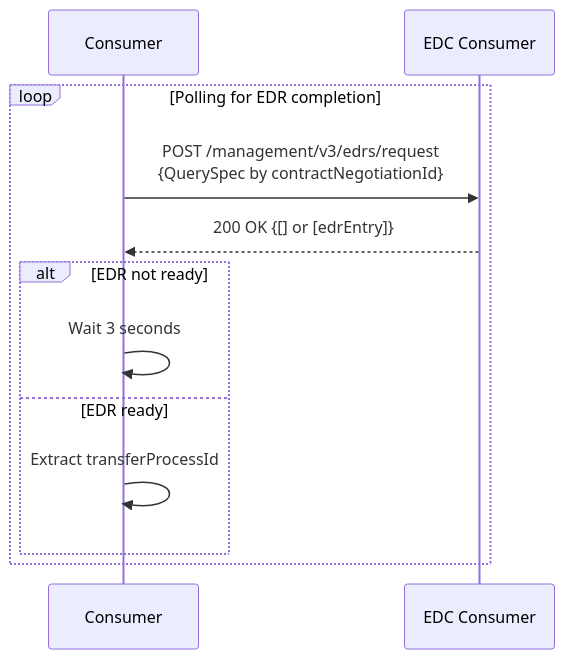
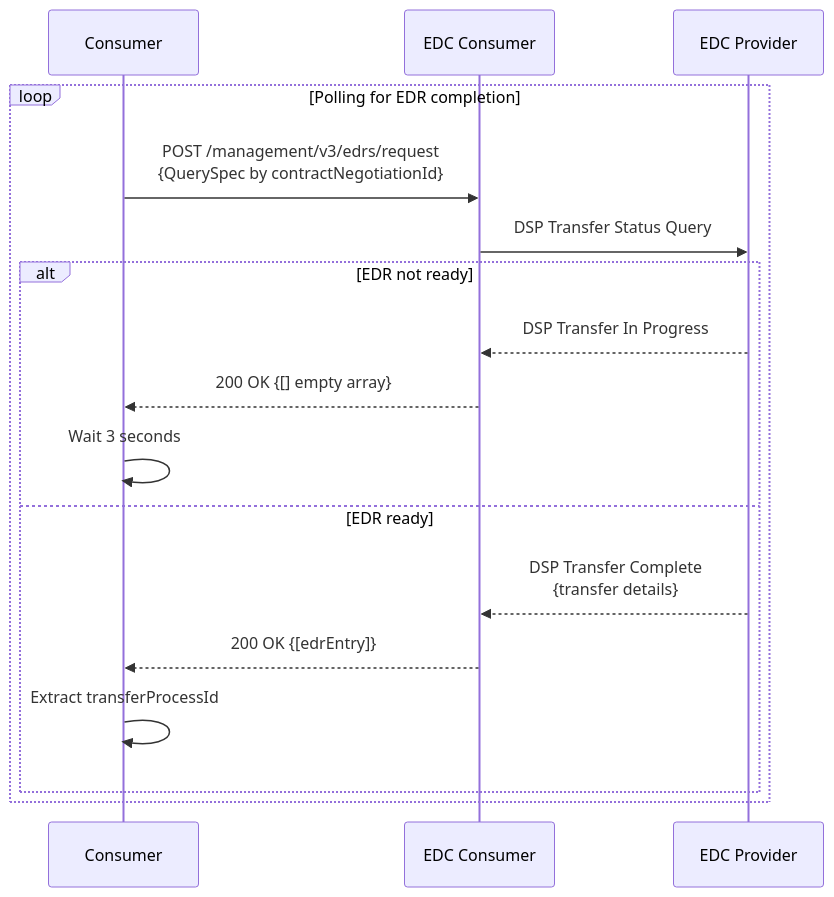
One commit to borrmann-dev/construct-x-edge-k8s changed the sixth of 8 diagrams in scripts/README.md. Above: the diagram before and after it, drawn with Mermaid. The commit also changed other lines of this file, not shown here.

````diff
--- a/scripts/README.md
+++ b/scripts/README.md
@@ -111,15 +110,20 @@
 ```mermaid
 sequenceDiagram
     participant Consumer
     participant EDC_Consumer as EDC Consumer
+    participant EDC_Provider as EDC Provider
 
     loop Polling for EDR completion
         Consumer->>EDC_Consumer: POST /management/v3/edrs/request<br/>{QuerySpec by contractNegotiationId}
-        EDC_Consumer-->>Consumer: 200 OK {[] or [edrEntry]}
+        EDC_Consumer->>EDC_Provider: DSP Transfer Status Query
         alt EDR not ready
+            EDC_Provider-->>EDC_Consumer: DSP Transfer In Progress
+            EDC_Consumer-->>Consumer: 200 OK {[] empty array}
             Consumer->>Consumer: Wait 3 seconds
         else EDR ready
+            EDC_Provider-->>EDC_Consumer: DSP Transfer Complete<br/>{transfer details}
+            EDC_Consumer-->>Consumer: 200 OK {[edrEntry]}
             Consumer->>Consumer: Extract transferProcessId
         end
     end
 ```
````
